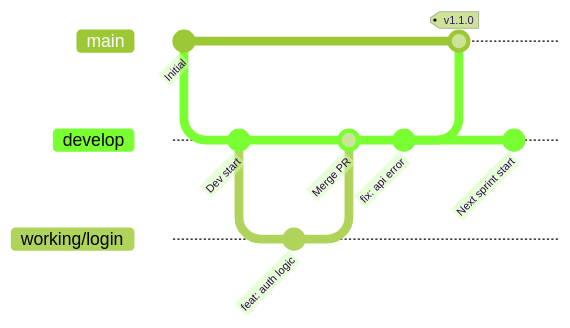
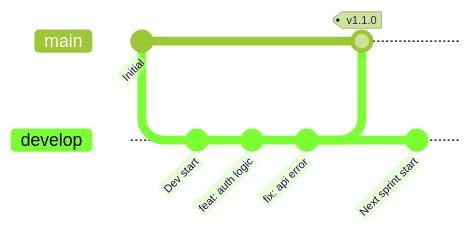
Before and after one commit to tourbut/Alpha-Sam: the diagram in .agent/rules/git-rules.md, drawn with Mermaid (forest theme). The commit also changed other lines of this file and 17 other files, not shown here.

````diff
--- a/.agent/rules/git-rules.md
+++ b/.agent/rules/git-rules.md
@@ -64,22 +59,16 @@
 ```mermaid
 gitGraph
     commit id: "Initial"
     branch develop
     checkout develop
     commit id: "Dev start"
     
-    branch working/login
-    checkout working/login
     commit id: "feat: auth logic"
-    checkout develop
-    merge working/login id: "Merge PR"
-    
     commit id: "fix: api error"
     
     checkout main
     merge develop tag: "v1.1.0"
     
     checkout develop
     commit id: "Next sprint start"
-
 ```
````
